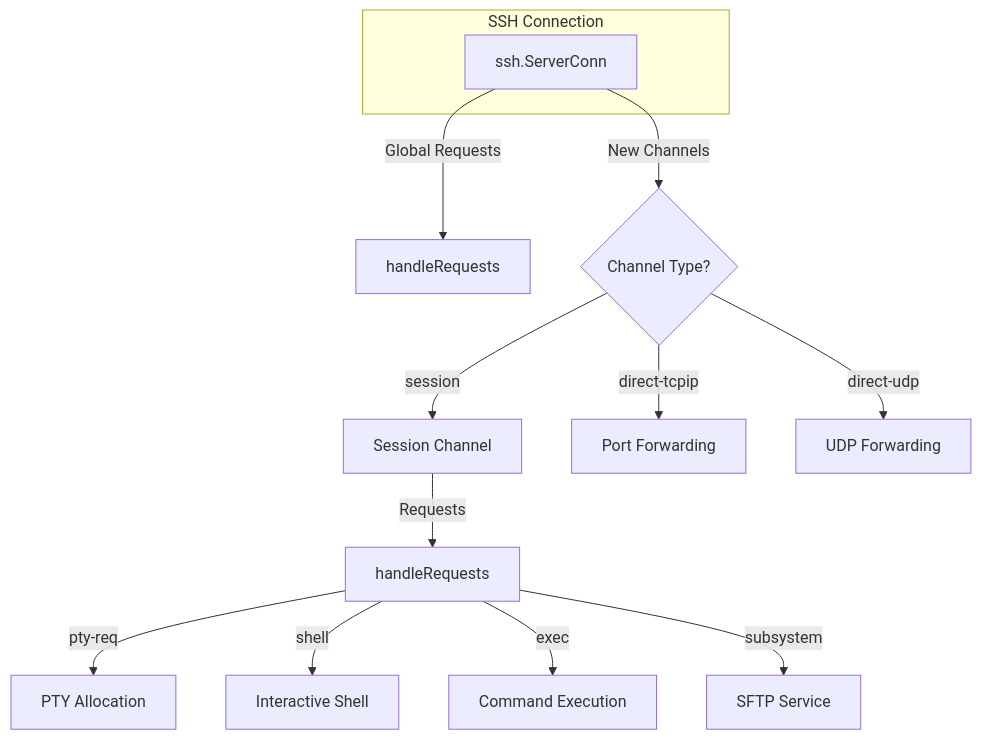
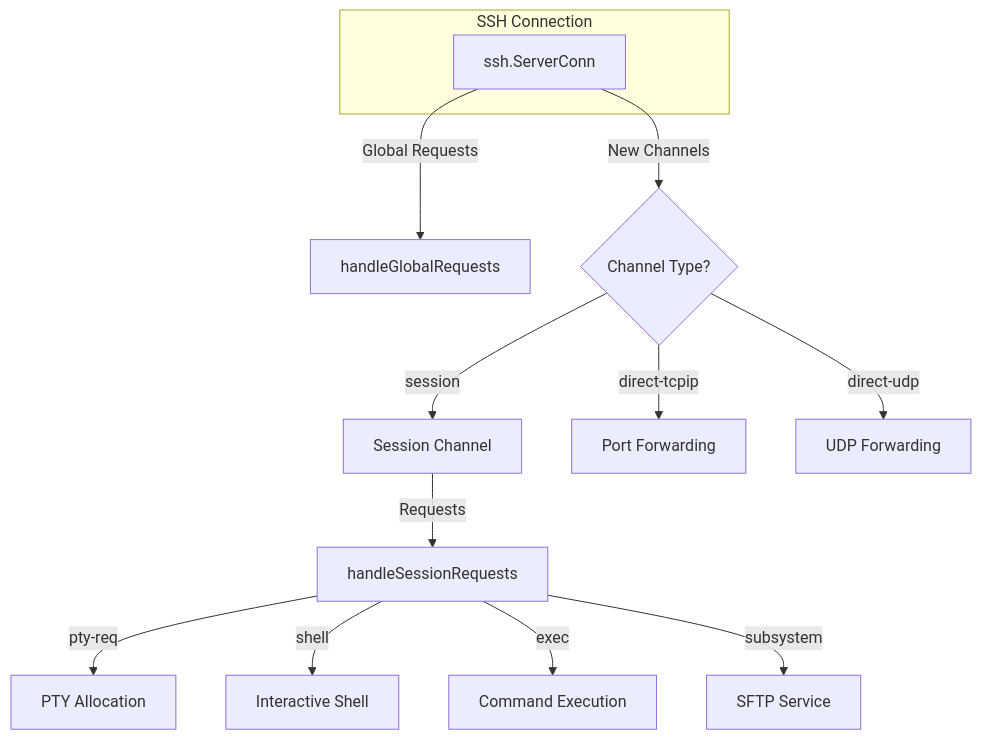
Before and after one commit to fuzzbuster/slider: the second of 3 diagrams in .trae/deepwiki/功能模块：Shell、SFTP 与代理/SSH 基础设施与会话管理.md, drawn with Mermaid. The commit also changed other lines of this file and 13 other files, not shown here.

````diff
--- a/.trae/deepwiki/功能模块：Shell、SFTP 与代理/SSH 基础设施与会话管理.md
+++ b/.trae/deepwiki/功能模块：Shell、SFTP 与代理/SSH 基础设施与会话管理.md
@@ -158,19 +136,19 @@
 ```mermaid
 graph TD
     subgraph "SSH Connection"
         Conn[ssh.ServerConn]
     end
 
-    Conn -->|Global Requests| GR[handleRequests]
+    Conn -->|Global Requests| GR[handleGlobalRequests]
     Conn -->|New Channels| NC{Channel Type?}
 
     NC -->|session| S[Session Channel]
     NC -->|direct-tcpip| PF[Port Forwarding]
     NC -->|direct-udp| UDP[UDP Forwarding]
 
-    S -->|Requests| SR[handleRequests]
+    S -->|Requests| SR[handleSessionRequests]
     SR -->|pty-req| PTY[PTY Allocation]
     SR -->|shell| SHELL[Interactive Shell]
     SR -->|exec| EXEC[Command Execution]
     SR -->|subsystem| SFTP[SFTP Service]
 ```
````
